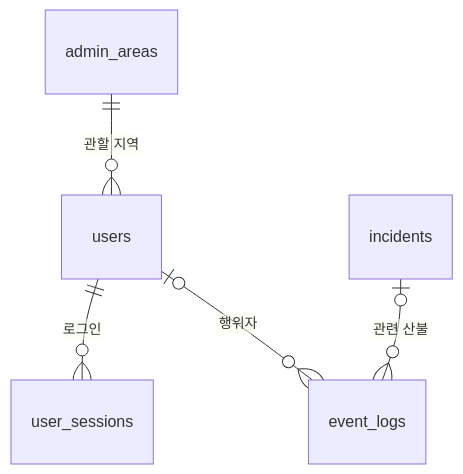
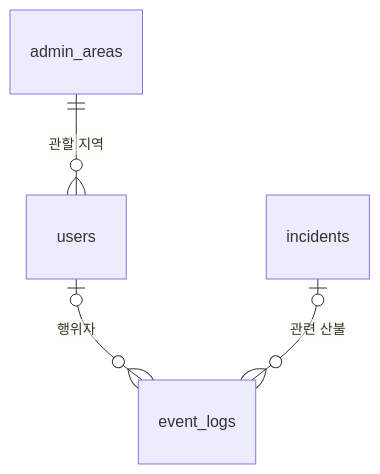
The second of 7 diagrams in docs/설계/DB-설계.md (wildfire-guard-capstone/wfg-docs), drawn with Mermaid before and after one commit. The commit also changed other lines of this file, not shown here.

Commit message:
docs: DB 설계 피드백 반영 — user_sessions 제거, D-16 JWT만 사용으로 확정

````diff
--- a/docs/설계/DB-설계.md
+++ b/docs/설계/DB-설계.md
@@ -481,7 +479,6 @@
 ```mermaid
 erDiagram
     admin_areas ||--o{ users : "관할 지역"
-    users ||--o{ user_sessions : "로그인"
     users |o--o{ event_logs : "행위자"
     incidents |o--o{ event_logs : "관련 산불"
 ```
````
